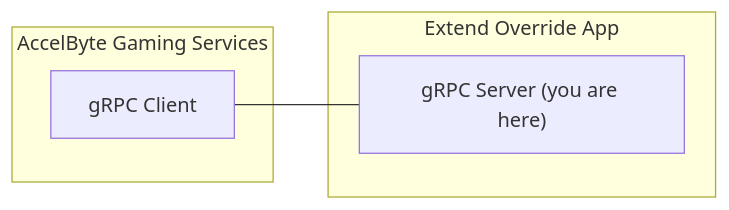
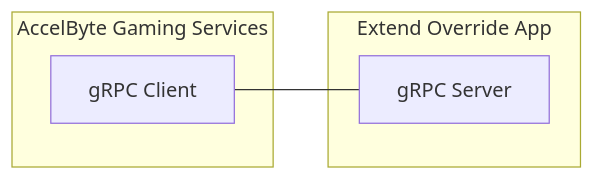
The diagram in README.md (AccelByte/session-manager-grpc-plugin-server-go), drawn with Mermaid before and after one commit.

Commit message:
docs(readme): fix mermaid diagram

````diff
--- a/README.md
+++ b/README.md
@@ -3,10 +3,10 @@
 ```mermaid
 flowchart LR
    subgraph AccelByte Gaming Services
    CL[gRPC Client]
    end
    subgraph Extend Override App
-   SV["gRPC Server (you are here)"]
+   SV["gRPC Server"]
    end
    CL --- SV
 ```
````
